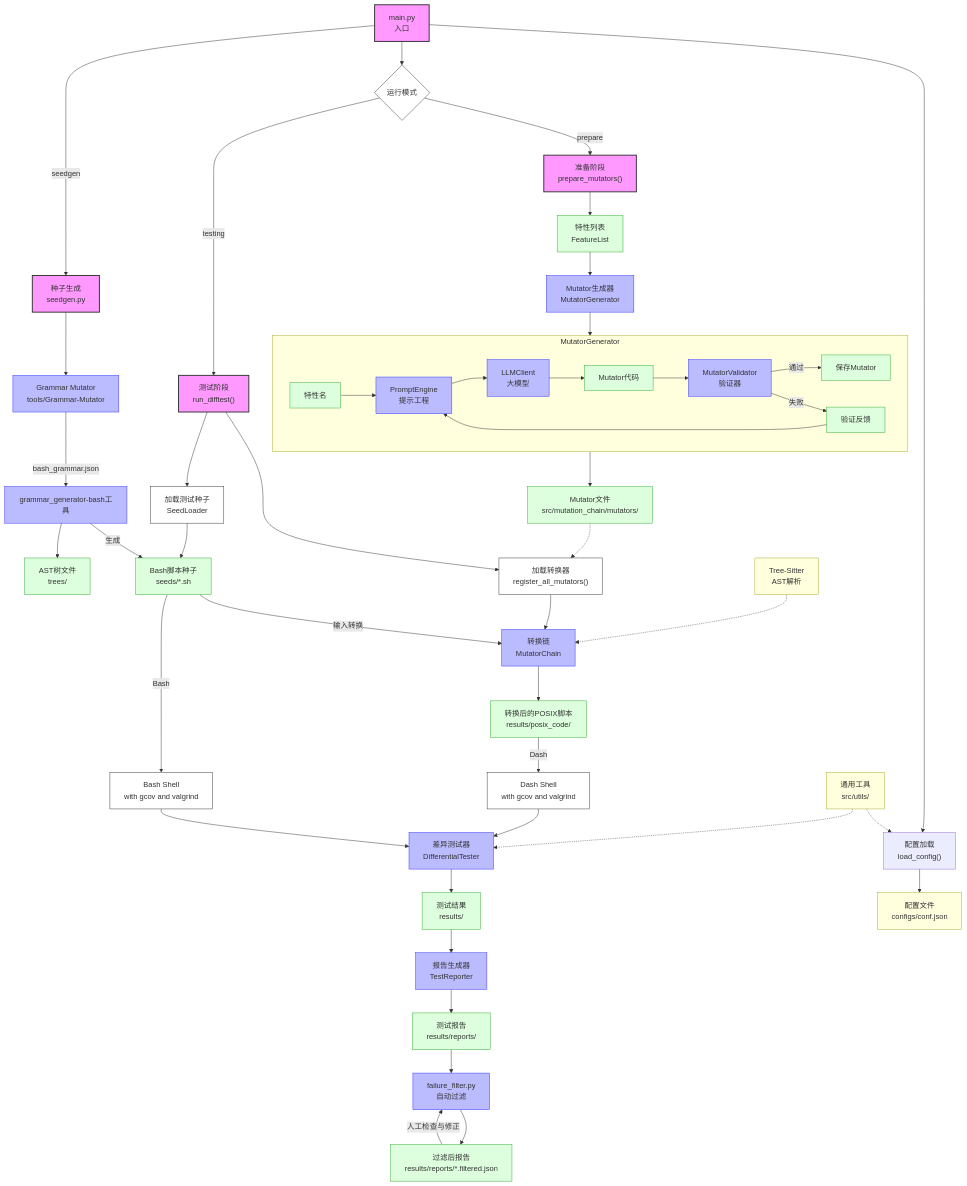
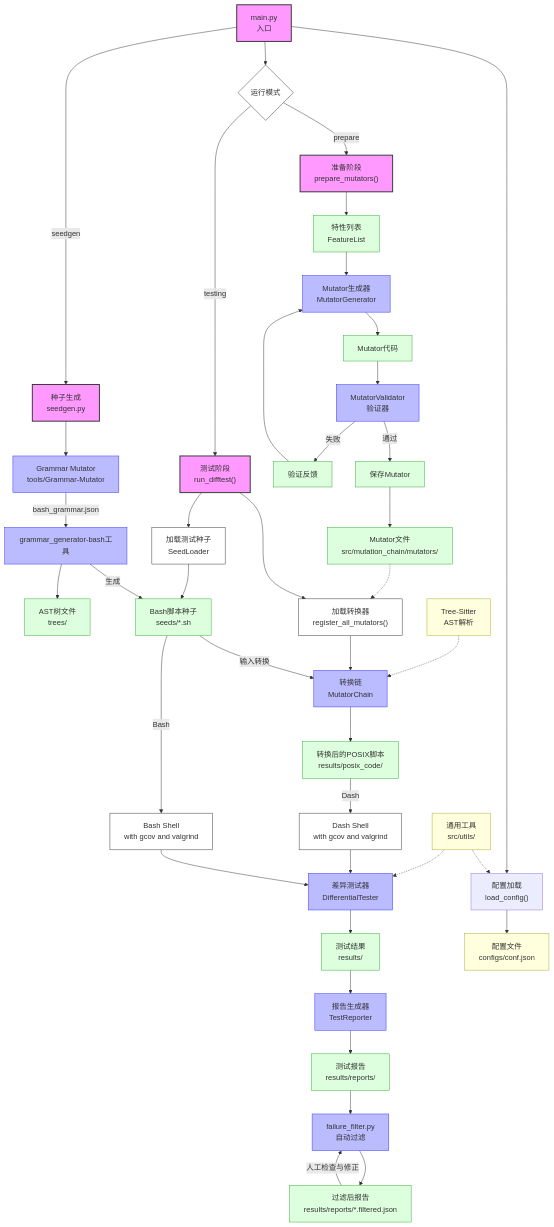
One commit to GrapefruitCat030/bash-difftest changed the diagram in README.md. Above: the diagram before and after it, drawn with Mermaid. The commit also changed 1 other file, not shown here.

Commit message:
typo: type in the README

````diff
--- a/README.md
+++ b/README.md
@@ -29,79 +29,72 @@
 ```mermaid
 graph TD
     %% 入口与配置
     main["main.py<br>入口"] --> config_loader["配置加载<br>load_config()"]
     config_loader --> config["配置文件<br>configs/conf.json"]
 
     %% 运行模式
     main --> mode{"运行模式"}
 
     %% 准备阶段
     mode -->|prepare| prep["准备阶段<br>prepare_mutators()"]
     prep --> feature_list["特性列表<br>FeatureList"]
     
     %% MutatorGenerator 细化
     feature_list --> generator["Mutator生成器<br>MutatorGenerator"]
-    subgraph MutatorGenerator [MutatorGenerator]
-        direction LR
-        feature_in["特性名"] --> prompt_engine["PromptEngine<br>提示工程"]
-        prompt_engine --> llm["LLMClient<br>大模型"]
-        llm --> mutator_code["Mutator代码"]
-        mutator_code --> validator["MutatorValidator<br>验证器"]
-        validator -->|通过| save_mutator["保存Mutator"]
-        validator -->|失败| feedback["验证反馈"]
-        feedback --> prompt_engine
-    end
-    generator --> MutatorGenerator
-
+    generator --> mutator_code["Mutator代码"]
+    mutator_code --> validator["MutatorValidator<br>验证器"]
+    validator -->|通过| save_mutator["保存Mutator"]
+    validator -->|失败| feedback["验证反馈"]
+    feedback --> generator
     save_mutator --> mutator_files["Mutator文件<br>src/mutation_chain/mutators/"]
 
     %% 种子生成阶段
     main -->|seedgen| seedgen["种子生成<br>seedgen.py"]
     seedgen --> grammar_mutator["Grammar Mutator<br>tools/Grammar-Mutator"]
     grammar_mutator -->|bash_grammar.json| grammar_generator["grammar_generator-bash工具"]
     grammar_generator -->|生成| seeds_dir["Bash脚本种子<br>seeds/*.sh"]
     grammar_generator --> trees_dir["AST树文件<br>trees/"]
 
     %% 测试阶段
     mode -->|testing| test["测试阶段<br>run_difftest()"]
     test --> load_mutators["加载转换器<br>register_all_mutators()"]
     mutator_files -.-> load_mutators
     load_mutators --> mutation_chain["转换链<br>MutatorChain"]
     test --> seed_loader["加载测试种子<br>SeedLoader"]
     seed_loader --> seeds_dir
     seeds_dir -->|输入转换| mutation_chain
     mutation_chain --> posix_files["转换后的POSIX脚本<br>results/posix_code/"]
 
     %% 差分测试与报告
     seeds_dir -->|Bash| bash["Bash Shell<br>with gcov and valgrind"]
     posix_files -->|Dash| dash["Dash Shell<br>with gcov and valgrind"]
     bash --> diff_tester["差异测试器<br>DifferentialTester"]
     dash --> diff_tester
     diff_tester --> test_results["测试结果<br>results/"]
     test_results --> reporter["报告生成器<br>TestReporter"]
     reporter --> report_files["测试报告<br>results/reports/"]
 
     %% 失败过滤
     report_files --> failure_filter["failure_filter.py<br>自动过滤"]
     failure_filter --> filtered_reports["过滤后报告<br>results/reports/*.filtered.json"]
     filtered_reports -->|"人工检查与修正"| failure_filter
 
     %% 工具与依赖
     utils["通用工具<br>src/utils/"] -.-> config_loader
     utils -.-> diff_tester
     tree_sitter["Tree-Sitter<br>AST解析"] -.-> mutation_chain
 
     %% 样式
     classDef primary fill:#f9f,stroke:#333,stroke-width:2px;
     classDef secondary fill:#bbf,stroke:#33f,stroke-width:1px;
     classDef data fill:#dfd,stroke:#3a3,stroke-width:1px;
     classDef config fill:#ffd,stroke:#aa3,stroke-width:1px;
     classDef flow fill:#fff,stroke:#333,stroke-width:1px;
 
     class main,prep,test,seedgen primary;
     class generator,validator,mutation_chain,diff_tester,reporter,grammar_mutator,grammar_generator,prompt_engine,llm,failure_filter secondary;
     class feature_list,seeds_dir,mutator_files,posix_files,test_results,report_files,trees_dir,mutator_code,save_mutator,feature_in,feedback,filtered_reports,final_reports data;
     class config,utils,tree_sitter config;
     class mode,seed_loader,load_mutators flow;
     class bash,dash flow;
 ```
````
